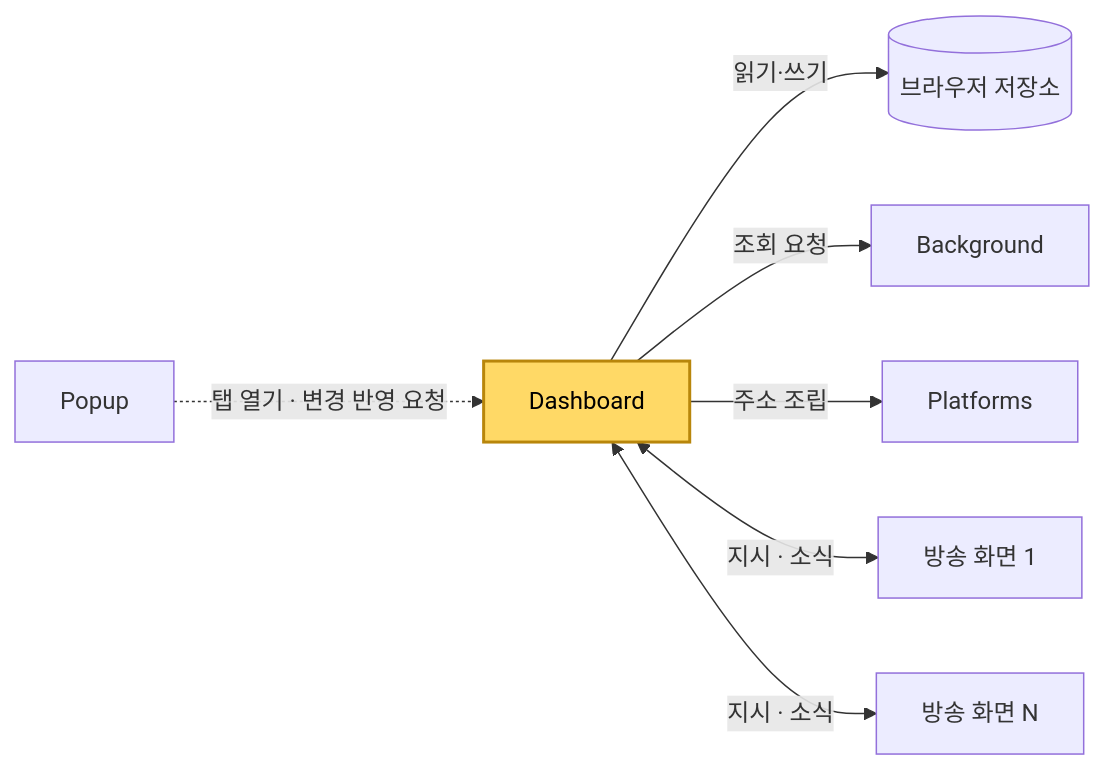
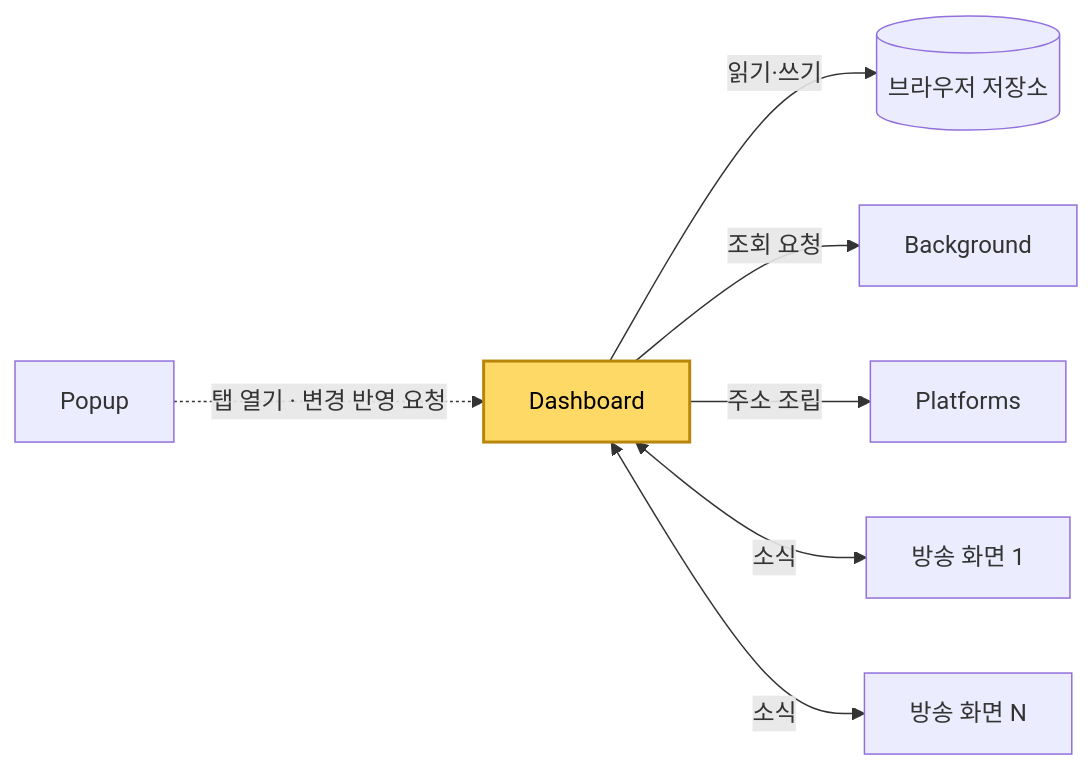
Before and after one commit to QYnote/ChzzkMultiViewer: the first of 4 diagrams in document/Dashboard.md, drawn with Mermaid. The commit also changed other lines of this file and 2 other files, not shown here.

````diff
--- a/document/Dashboard.md
+++ b/document/Dashboard.md
@@ -49,10 +49,10 @@
 ```mermaid
 graph LR
   Popup -.->|탭 열기 · 변경 반영 요청| Dashboard
   Dashboard -->|읽기·쓰기| Storage[(브라우저 저장소)]
   Dashboard -->|조회 요청| Background
   Dashboard -->|주소 조립| Platforms
-  Dashboard <-->|지시 · 소식| CS1[방송 화면 1]
-  Dashboard <-->|지시 · 소식| CSn[방송 화면 N]
+  Dashboard <-->|소식| CS1[방송 화면 1]
+  Dashboard <-->|소식| CSn[방송 화면 N]
   style Dashboard fill:#ffd966,stroke:#b8860b,stroke-width:2px,color:#000
 ```
````
